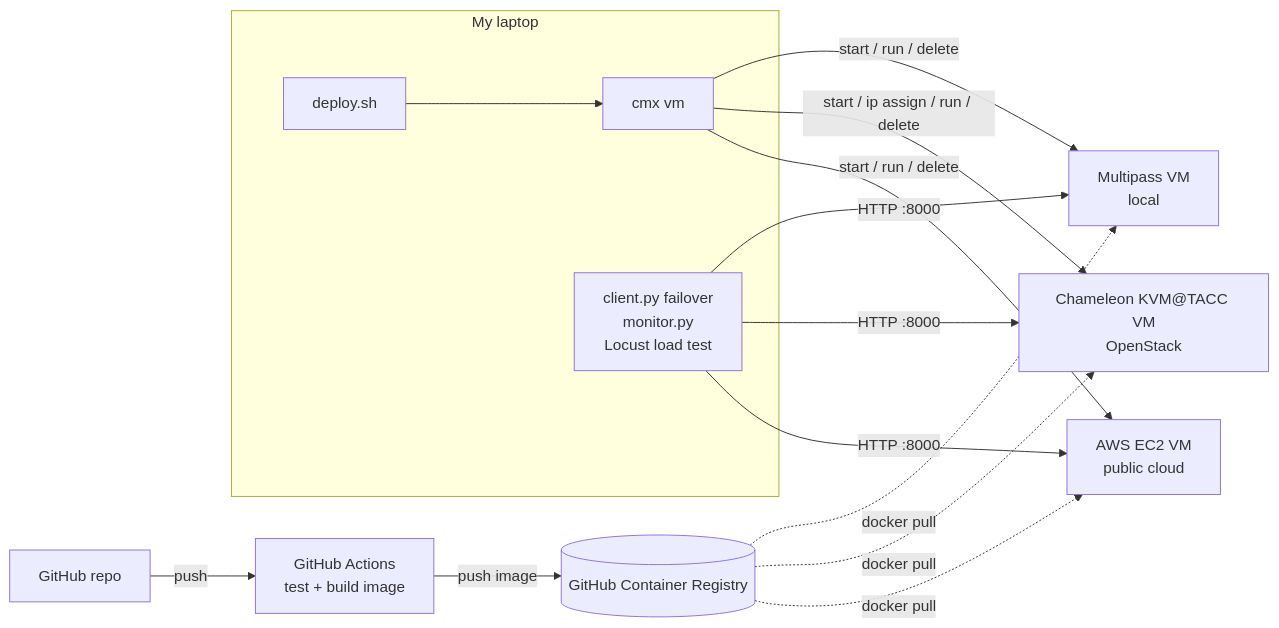
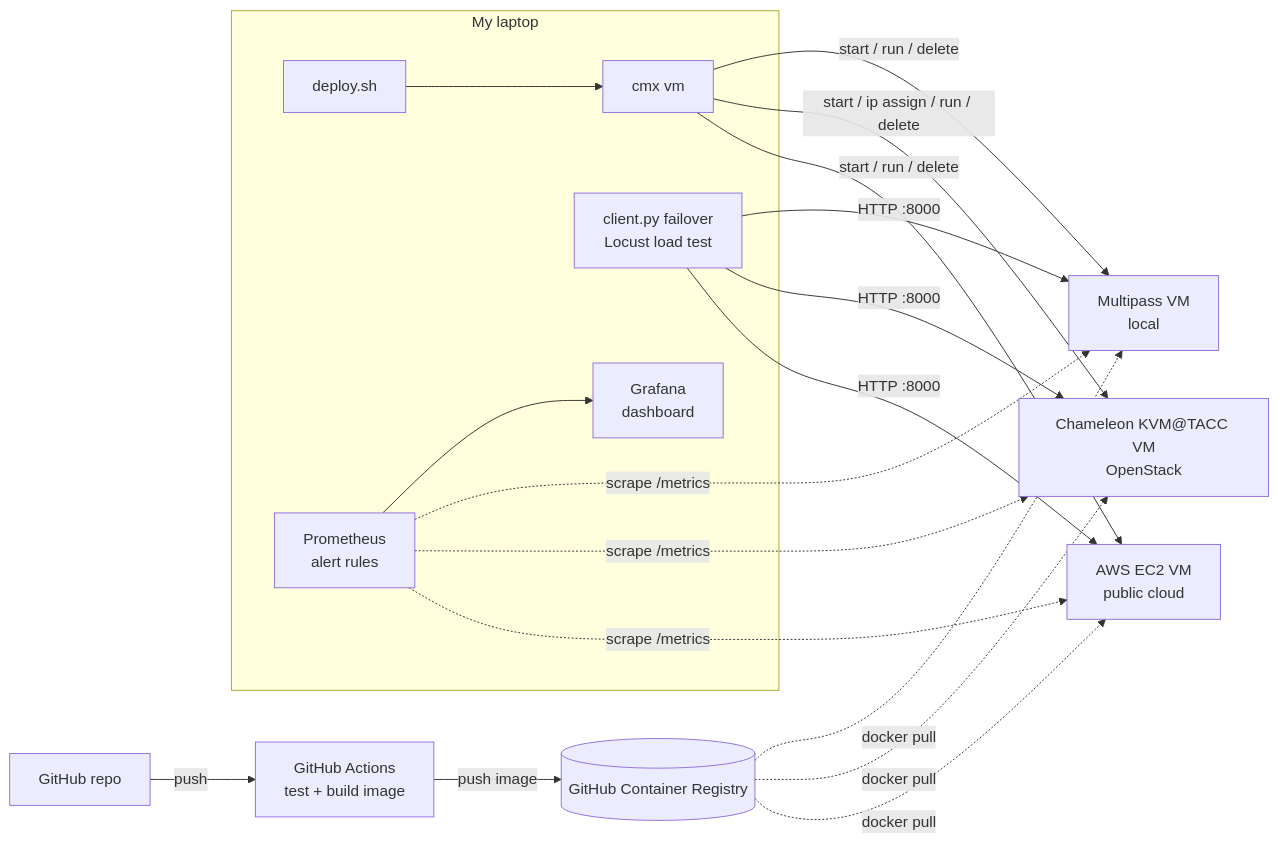
Before and after one commit to cloudmesh-ai-luc/shabbir04: the diagram in project.md, drawn with Mermaid. The commit also changed other lines of this file and 1 other file, not shown here.

First line of the commit message:
docs(project): use Prometheus and Grafana for monitoring and alerts

````diff
--- a/project.md
+++ b/project.md
@@ -80,18 +80,22 @@
 ```mermaid
 flowchart LR
     GH[GitHub repo] -->|push| CI[GitHub Actions<br/>test + build image]
     CI -->|push image| REG[(GitHub Container Registry)]
     subgraph LAPTOP[My laptop]
         DEP[deploy.sh] --> CMX[cmx vm]
-        CL[client.py failover<br/>monitor.py<br/>Locust load test]
+        CL[client.py failover<br/>Locust load test]
+        PROM[Prometheus<br/>alert rules] --> GRAF[Grafana<br/>dashboard]
     end
     CMX -->|start / run / delete| MP[Multipass VM<br/>local]
     CMX -->|start / ip assign / run / delete| CH[Chameleon KVM@TACC VM<br/>OpenStack]
     CMX -->|start / run / delete| AWS[AWS EC2 VM<br/>public cloud]
     REG -. docker pull .-> MP
     REG -. docker pull .-> CH
     REG -. docker pull .-> AWS
     CL -->|HTTP :8000| MP
     CL -->|HTTP :8000| CH
     CL -->|HTTP :8000| AWS
+    PROM -. scrape /metrics .-> MP
+    PROM -. scrape /metrics .-> CH
+    PROM -. scrape /metrics .-> AWS
 ```
````
